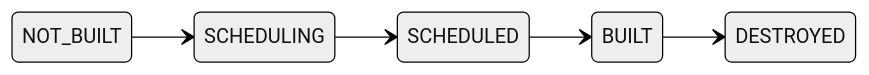
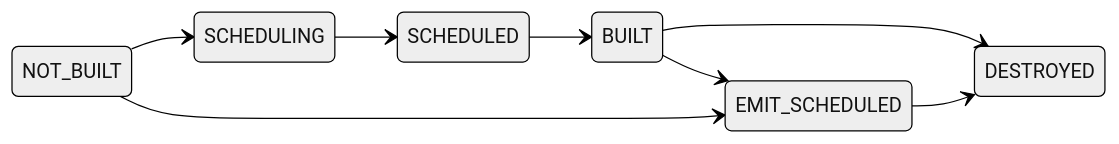
Before and after one commit to sirius-db/sirius: the diagram in docs/super-sirius/operators.md, drawn with Mermaid (neutral theme). The commit also changed other lines of this file and 19 other files, not shown here.

````diff
--- a/docs/super-sirius/operators.md
+++ b/docs/super-sirius/operators.md
@@ -375,8 +377,11 @@
 ```mermaid
 stateDiagram-v2
     direction LR
     NOT_BUILT --> SCHEDULING
     SCHEDULING --> SCHEDULED
     SCHEDULED --> BUILT
     BUILT --> DESTROYED
+    BUILT --> EMIT_SCHEDULED
+    NOT_BUILT --> EMIT_SCHEDULED
+    EMIT_SCHEDULED --> DESTROYED
 ```
````
